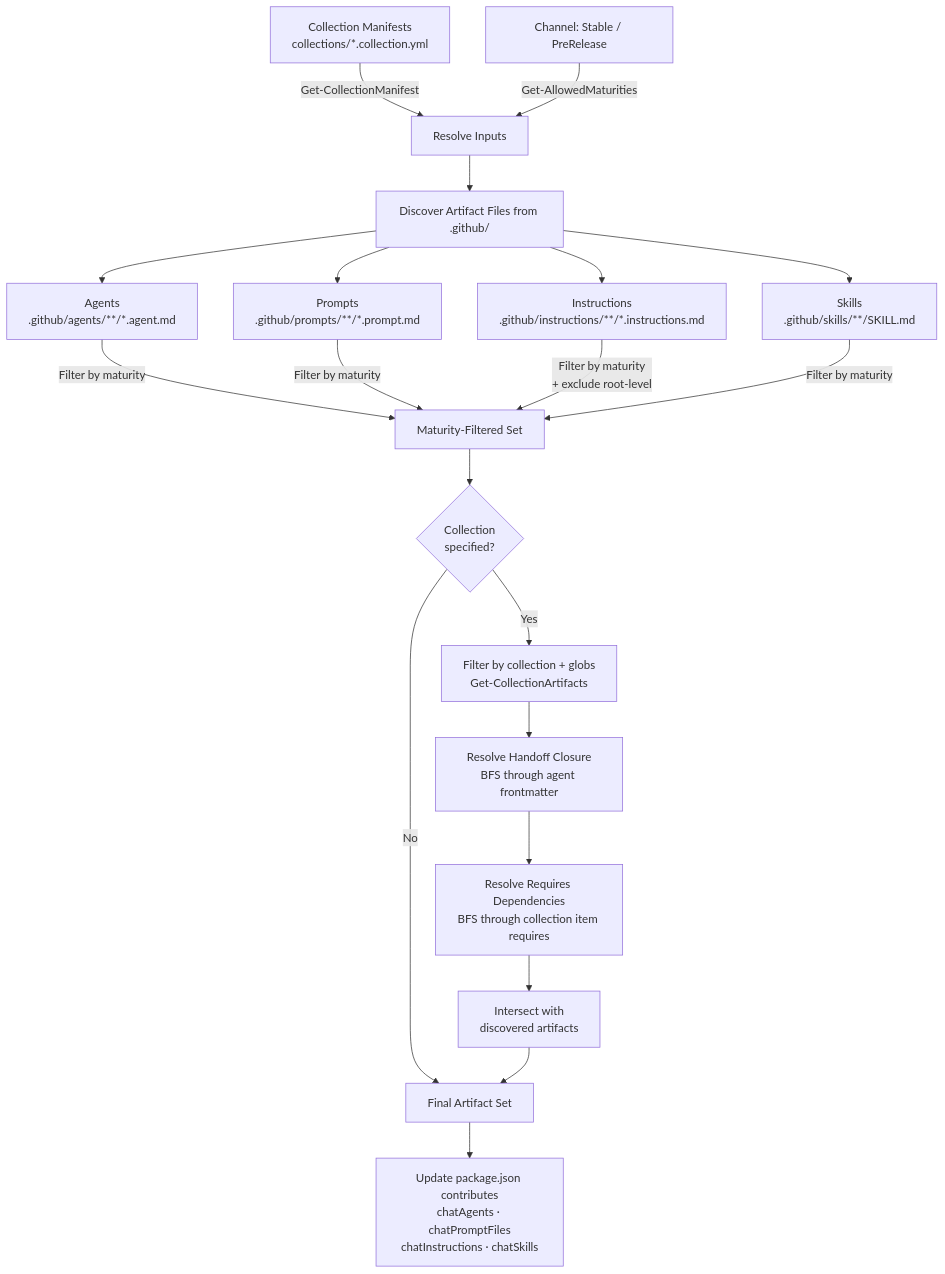
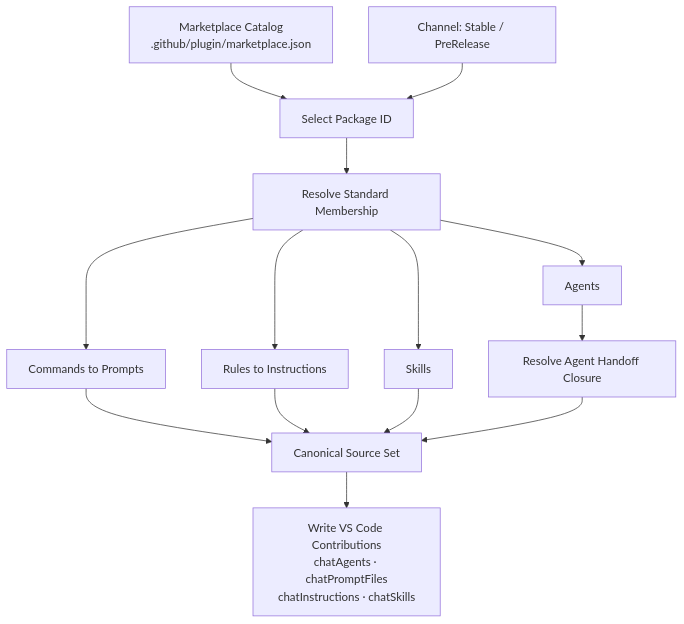
The second of 3 diagrams in extension/PACKAGING.md (MohammedAlkindi/hve-core), drawn with Mermaid before and after one commit. The commit also changed other lines of this file and 216 other files, not shown here.

````diff
--- a/extension/PACKAGING.md
+++ b/extension/PACKAGING.md
@@ -90,27 +98,16 @@
 ```mermaid
 flowchart TB
-    CM["Collection Manifests<br/>collections/*.collection.yml"] -->|Get-CollectionManifest| INPUTS
-    CH[Channel: Stable / PreRelease] -->|Get-AllowedMaturities| INPUTS
-
-    INPUTS[Resolve Inputs] --> DISC[Discover Artifact Files from .github/]
-
-    DISC --> AG["Agents<br/>.github/agents/**/*.agent.md"]
-    DISC --> PR["Prompts<br/>.github/prompts/**/*.prompt.md"]
-    DISC --> IN["Instructions<br/>.github/instructions/**/*.instructions.md"]
-    DISC --> SK["Skills<br/>.github/skills/**/SKILL.md"]
-
-    AG -->|Filter by maturity| FM[Maturity-Filtered Set]
-    PR -->|Filter by maturity| FM
-    IN -->|"Filter by maturity<br/>+ exclude root-level"| FM
-    SK -->|Filter by maturity| FM
-
-    FM --> CF{"Collection<br/>specified?"}
-    CF -->|No| FINAL[Final Artifact Set]
-    CF -->|Yes| PA["Filter by collection + globs<br/>Get-CollectionArtifacts"]
-    PA --> HD["Resolve Handoff Closure<br/>BFS through agent frontmatter"]
-    HD --> RD["Resolve Requires Dependencies<br/>BFS through collection item requires"]
-    RD --> INT["Intersect with<br/>discovered artifacts"]
-    INT --> FINAL
-
-    FINAL --> UPD["Update package.json contributes<br/>chatAgents · chatPromptFiles<br/>chatInstructions · chatSkills"]
+    CAT["Marketplace Catalog<br/>.github/plugin/marketplace.json"] --> PKG[Select Package ID]
+    CH[Channel: Stable / PreRelease] --> PKG
+    PKG --> RECIPE[Resolve Standard Membership]
+    RECIPE --> AG[Agents]
+    RECIPE --> PR[Commands to Prompts]
+    RECIPE --> IN[Rules to Instructions]
+    RECIPE --> SK[Skills]
+    AG --> HD[Resolve Agent Handoff Closure]
+    PR --> FINAL[Canonical Source Set]
+    IN --> FINAL
+    SK --> FINAL
+    HD --> FINAL
+    FINAL --> UPD["Write VS Code Contributions<br/>chatAgents · chatPromptFiles<br/>chatInstructions · chatSkills"]
 ```
````
